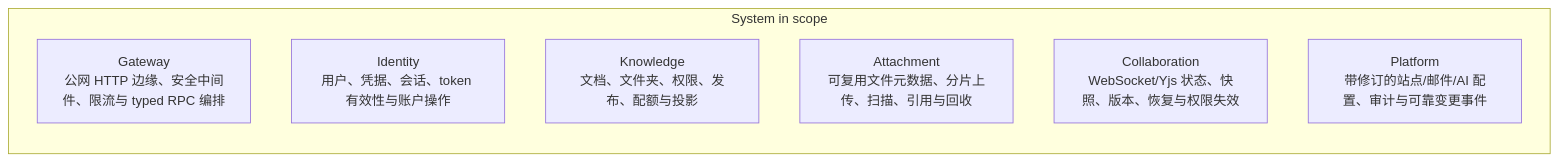
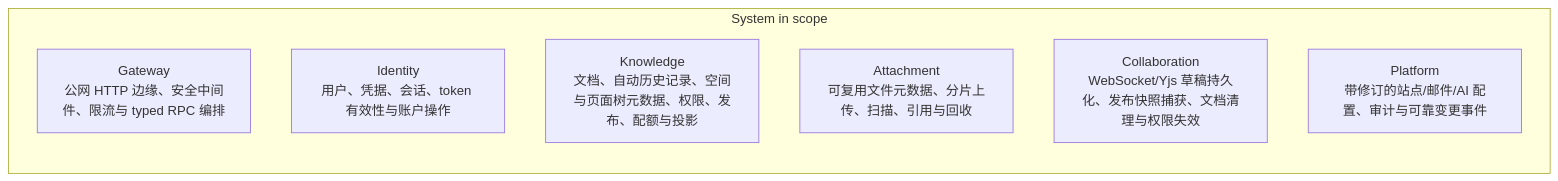
One commit to HappyLadySauceM/Knowledge-Core changed the second of 2 diagrams in .agents/skills/knowledge-core-project/references/zh/architecture.md. Above: the diagram before and after it, drawn with Mermaid. The commit also changed other lines of this file and 43 other files, not shown here.

````diff
--- a/.agents/skills/knowledge-core-project/references/zh/architecture.md
+++ b/.agents/skills/knowledge-core-project/references/zh/architecture.md
@@ -71,11 +71,11 @@
 ```mermaid
 flowchart LR
     subgraph System[System in scope]
         Gateway["Gateway\n公网 HTTP 边缘、安全中间件、限流与 typed RPC 编排"]
         Identity["Identity\n用户、凭据、会话、token 有效性与账户操作"]
-        Knowledge["Knowledge\n文档、文件夹、权限、发布、配额与投影"]
+        Knowledge["Knowledge\n文档、自动历史记录、空间与页面树元数据、权限、发布、配额与投影"]
         Attachment["Attachment\n可复用文件元数据、分片上传、扫描、引用与回收"]
-        Collaboration["Collaboration\nWebSocket/Yjs 状态、快照、版本、恢复与权限失效"]
+        Collaboration["Collaboration\nWebSocket/Yjs 草稿持久化、发布快照捕获、文档清理与权限失效"]
         Platform["Platform\n带修订的站点/邮件/AI 配置、审计与可靠变更事件"]
     end
 ```
````
